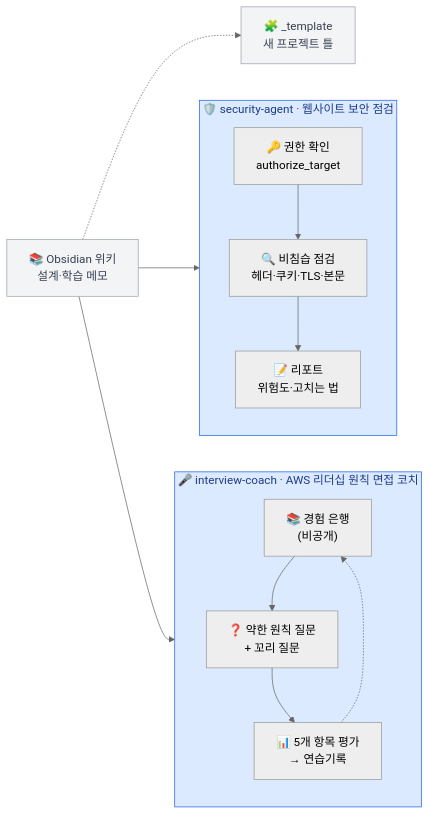
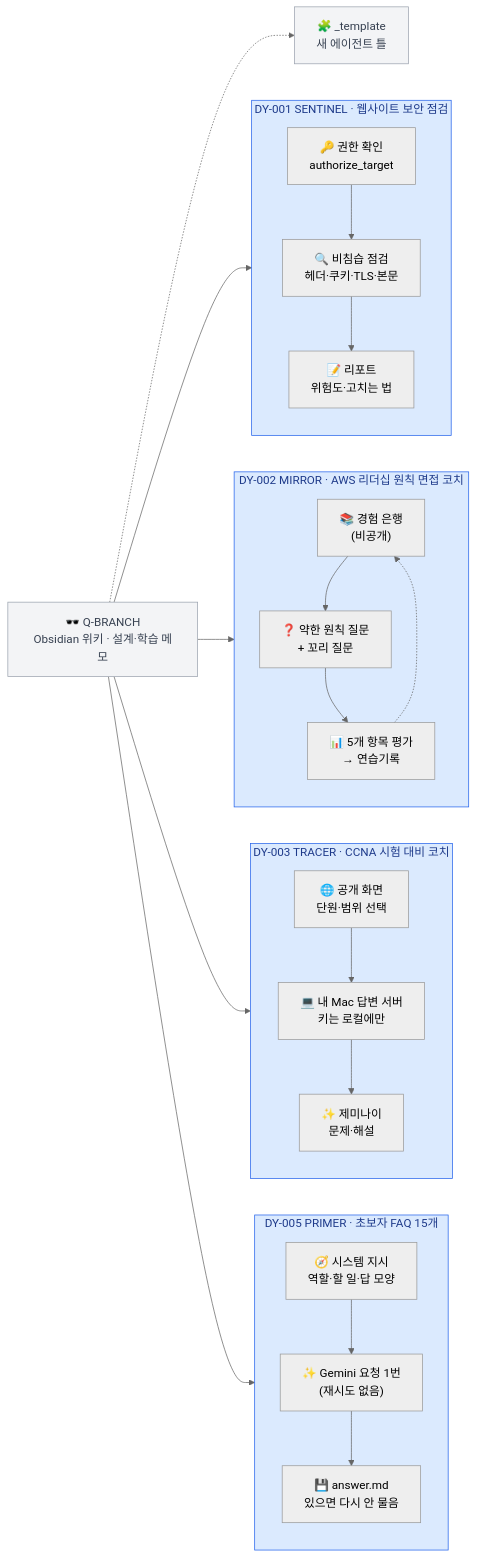
The diagram in README.md (DODO-YONG/Obsidian), drawn with Mermaid (neutral theme) before and after one commit. The commit also changed other lines of this file and 24 other files, not shown here.

First line of the commit message:
에이전트 코드명(007 스타일) 적용 + beginner-faq(PRIMER) 함께 등록

````diff
--- a/README.md
+++ b/README.md
@@ -11,29 +12,42 @@
 ```mermaid
 flowchart LR
-  W["📚 Obsidian 위키<br/>설계·학습 메모"]
-  T["🧩 _template<br/>새 프로젝트 틀"]
+  W["🕶️ Q-BRANCH<br/>Obsidian 위키 · 설계·학습 메모"]
+  T["🧩 _template<br/>새 에이전트 틀"]
   W -.-> T
 
-  subgraph SA["🛡️ security-agent · 웹사이트 보안 점검"]
+  subgraph SA["DY-001 SENTINEL · 웹사이트 보안 점검"]
     direction TB
     SA1["🔑 권한 확인<br/>authorize_target"] --> SA2["🔍 비침습 점검<br/>헤더·쿠키·TLS·본문"]
     SA2 --> SA3["📝 리포트<br/>위험도·고치는 법"]
   end
   W --> SA
 
-  subgraph IC["🎤 interview-coach · AWS 리더십 원칙 면접 코치"]
+  subgraph IC["DY-002 MIRROR · AWS 리더십 원칙 면접 코치"]
     direction TB
     IC1["📚 경험 은행<br/>(비공개)"] --> IC2["❓ 약한 원칙 질문<br/>+ 꼬리 질문"]
     IC2 --> IC3["📊 5개 항목 평가<br/>→ 연습기록"]
     IC3 -.-> IC1
   end
   W --> IC
 
-  classDef plan fill:#fff4d6,stroke:#d9a400,color:#5a4500
-  classDef dev fill:#dbeafe,stroke:#2563eb,color:#1e3a8a
-  classDef done fill:#dcfce7,stroke:#16a34a,color:#14532d
+  subgraph CC["DY-003 TRACER · CCNA 시험 대비 코치"]
+    direction TB
+    CC1["🌐 공개 화면<br/>단원·범위 선택"] --> CC2["💻 내 Mac 답변 서버<br/>키는 로컬에만"]
+    CC2 --> CC3["✨ 제미나이<br/>문제·해설"]
+  end
+  W --> CC
+
+  subgraph BF["DY-005 PRIMER · 초보자 FAQ 15개"]
+    direction TB
+    BF1["🧭 시스템 지시<br/>역할·할 일·답 모양"] --> BF2["✨ Gemini 요청 1번<br/>(재시도 없음)"]
+    BF2 --> BF3["💾 answer.md<br/>있으면 다시 안 물음"]
+  end
+  W --> BF
+
   classDef base fill:#f3f4f6,stroke:#9ca3af,color:#374151
   class W,T base
   style SA fill:#dbeafe,stroke:#2563eb,color:#1e3a8a
   style IC fill:#dbeafe,stroke:#2563eb,color:#1e3a8a
+  style CC fill:#dbeafe,stroke:#2563eb,color:#1e3a8a
+  style BF fill:#dbeafe,stroke:#2563eb,color:#1e3a8a
 ```
````
